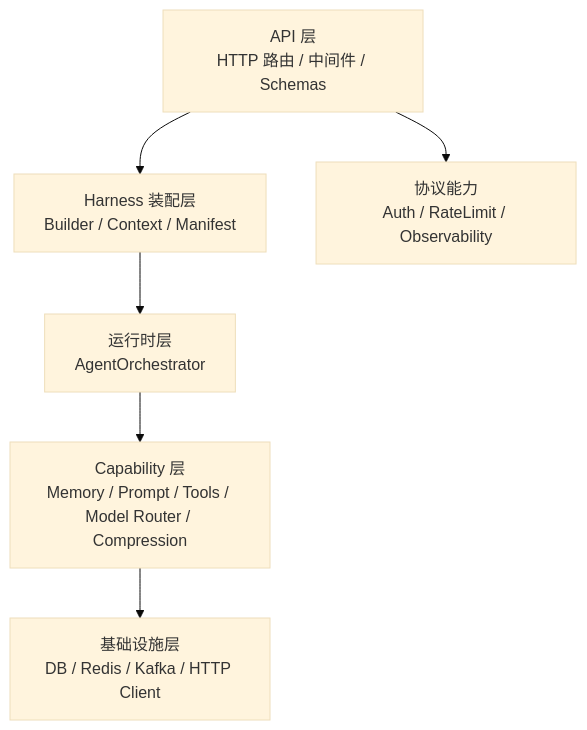
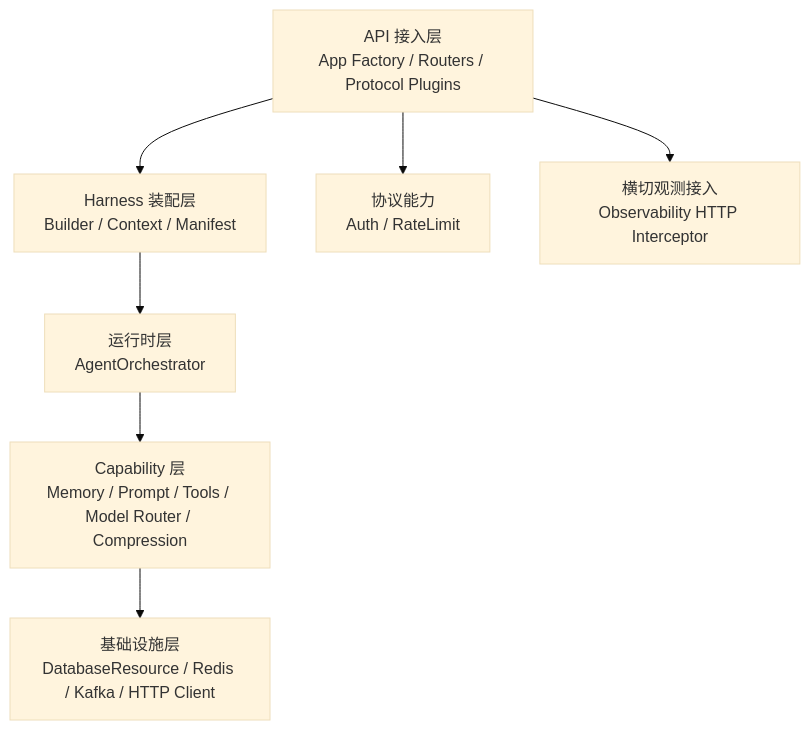
Before and after one commit to rnb-tron/openai-agents-harness: the first of 5 diagrams in docs/architecture/ARCHITECTURE_DESIGN.md, drawn with Mermaid (base theme). The commit also changed other lines of this file and 42 other files, not shown here.

````diff
--- a/docs/architecture/ARCHITECTURE_DESIGN.md
+++ b/docs/architecture/ARCHITECTURE_DESIGN.md
@@ -22,8 +22,9 @@
 ```mermaid
 flowchart TD
-    A["API 层<br/>HTTP 路由 / 中间件 / Schemas"] --> B["Harness 装配层<br/>Builder / Context / Manifest"]
+    A["API 接入层<br/>App Factory / Routers / Protocol Plugins"] --> B["Harness 装配层<br/>Builder / Context / Manifest"]
     B --> C["运行时层<br/>AgentOrchestrator"]
     C --> D["Capability 层<br/>Memory / Prompt / Tools / Model Router / Compression"]
-    A --> E["协议能力<br/>Auth / RateLimit / Observability"]
-    D --> F["基础设施层<br/>DB / Redis / Kafka / HTTP Client"]
+    A --> E["协议能力<br/>Auth / RateLimit"]
+    A --> O["横切观测接入<br/>Observability HTTP Interceptor"]
+    D --> F["基础设施层<br/>DatabaseResource / Redis / Kafka / HTTP Client"]
 ```
````
